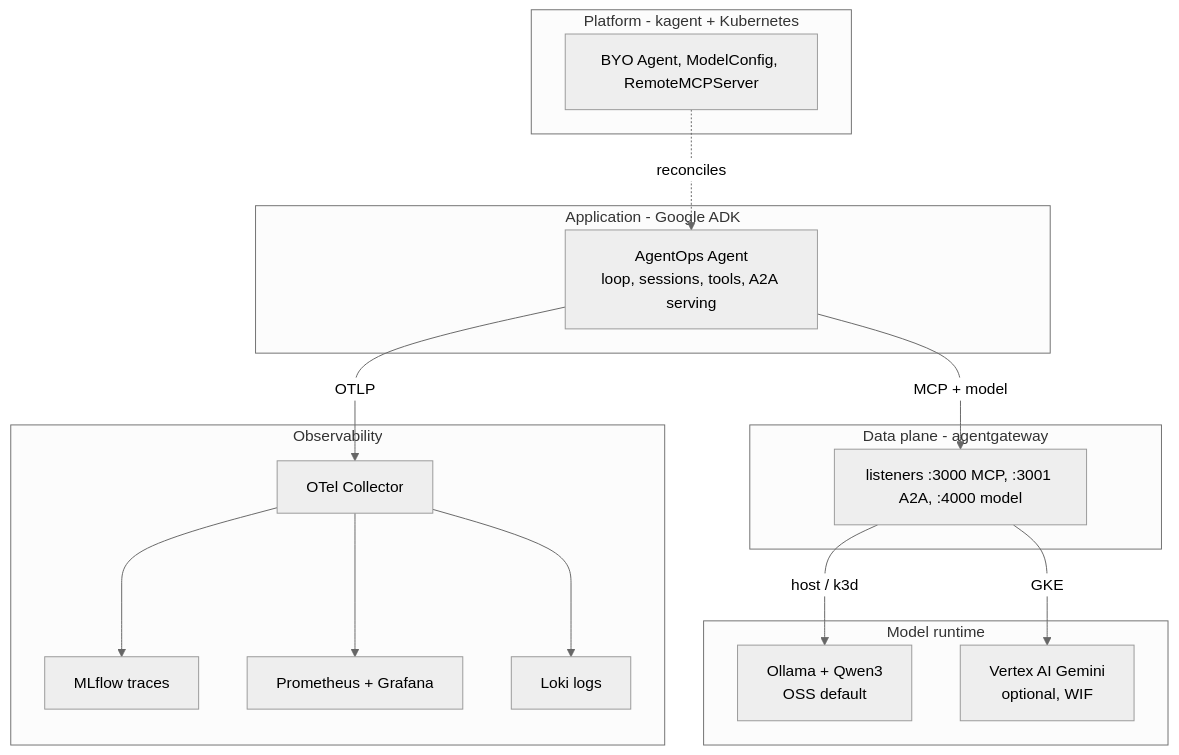
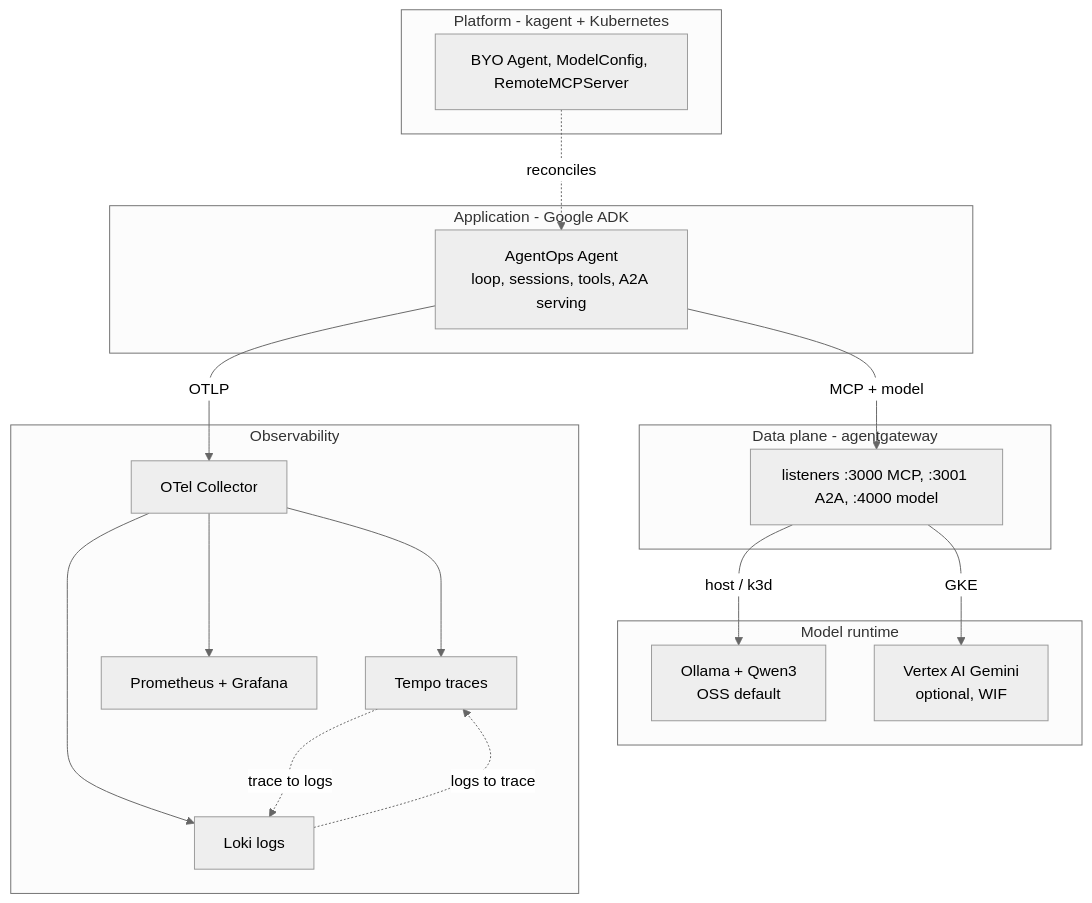
Before and after one commit to LuiGGi629/agentops-open-course: the first of 3 diagrams in content/0. Overview/0.3. Ecosystem.md, drawn with Mermaid (neutral theme). The commit also changed other lines of this file and 88 other files, not shown here.

First line of the commit message:
refactor: send traces to Tempo and take MLflow out of the online path

````diff
--- a/content/0. Overview/0.3. Ecosystem.md
+++ b/content/0. Overview/0.3. Ecosystem.md
@@ -35,30 +36,32 @@
 ```mermaid
 flowchart TD
     subgraph App["Application - Google ADK"]
         Agent["AgentOps Agent<br/>loop, sessions, tools, A2A serving"]
     end
     subgraph Data["Data plane - agentgateway"]
         GW["listeners :3000 MCP, :3001 A2A, :4000 model"]
     end
     subgraph Model["Model runtime"]
         Ollama["Ollama + Qwen3<br/>OSS default"]
         Vertex["Vertex AI Gemini<br/>optional, WIF"]
     end
     subgraph Platform["Platform - kagent + Kubernetes"]
         KA["BYO Agent, ModelConfig, RemoteMCPServer"]
     end
     subgraph Obs["Observability"]
         OTel["OTel Collector"]
-        MLflow["MLflow traces"]
+        Tempo["Tempo traces"]
         PromGraf["Prometheus + Grafana"]
         Loki["Loki logs"]
     end
     Agent -->|MCP + model| GW
     GW -->|host / k3d| Ollama
     GW -->|GKE| Vertex
     KA -. reconciles .-> Agent
     Agent -->|OTLP| OTel
-    OTel --> MLflow
+    OTel --> Tempo
     OTel --> PromGraf
     OTel --> Loki
+    Tempo -. trace to logs .-> Loki
+    Loki -. logs to trace .-> Tempo
 ```
````
